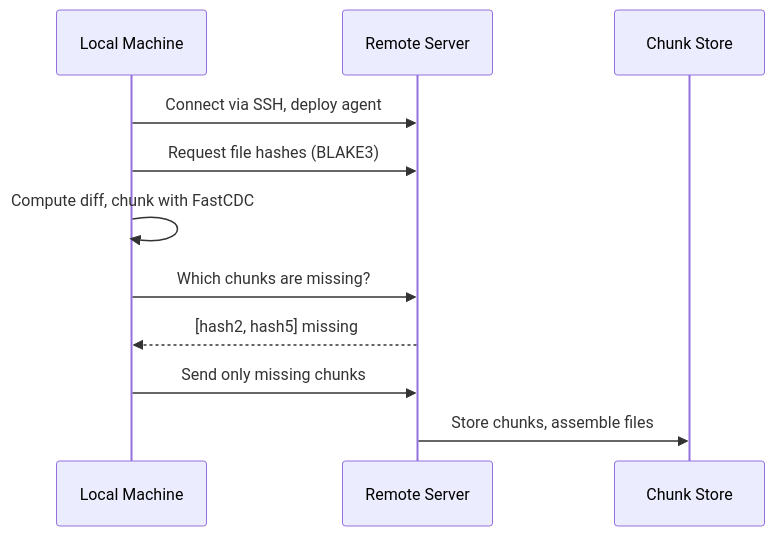
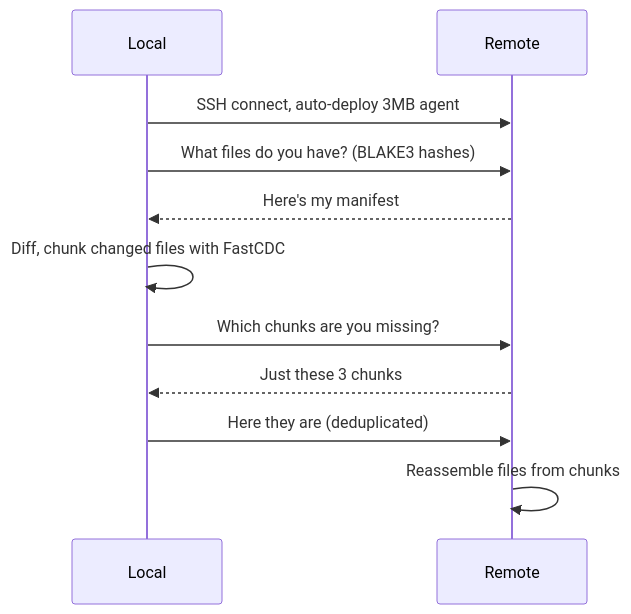
The diagram in README.md (andrewgazelka/zsync), drawn with Mermaid before and after one commit. The commit also changed other lines of this file, not shown here.

````diff
--- a/README.md
+++ b/README.md
@@ -74,14 +66,14 @@
 ```mermaid
 sequenceDiagram
-    participant Local as Local Machine
-    participant Remote as Remote Server
-    participant CAS as Chunk Store
+    participant Local
+    participant Remote
 
-    Local->>Remote: Connect via SSH, deploy agent
-    Local->>Remote: Request file hashes (BLAKE3)
-    Local->>Local: Compute diff, chunk with FastCDC
-    Local->>Remote: Which chunks are missing?
-    Remote-->>Local: [hash2, hash5] missing
-    Local->>Remote: Send only missing chunks
-    Remote->>CAS: Store chunks, assemble files
+    Local->>Remote: SSH connect, auto-deploy 3MB agent
+    Local->>Remote: What files do you have? (BLAKE3 hashes)
+    Remote-->>Local: Here's my manifest
+    Local->>Local: Diff, chunk changed files with FastCDC
+    Local->>Remote: Which chunks are you missing?
+    Remote-->>Local: Just these 3 chunks
+    Local->>Remote: Here they are (deduplicated)
+    Remote->>Remote: Reassemble files from chunks
 ```
````
